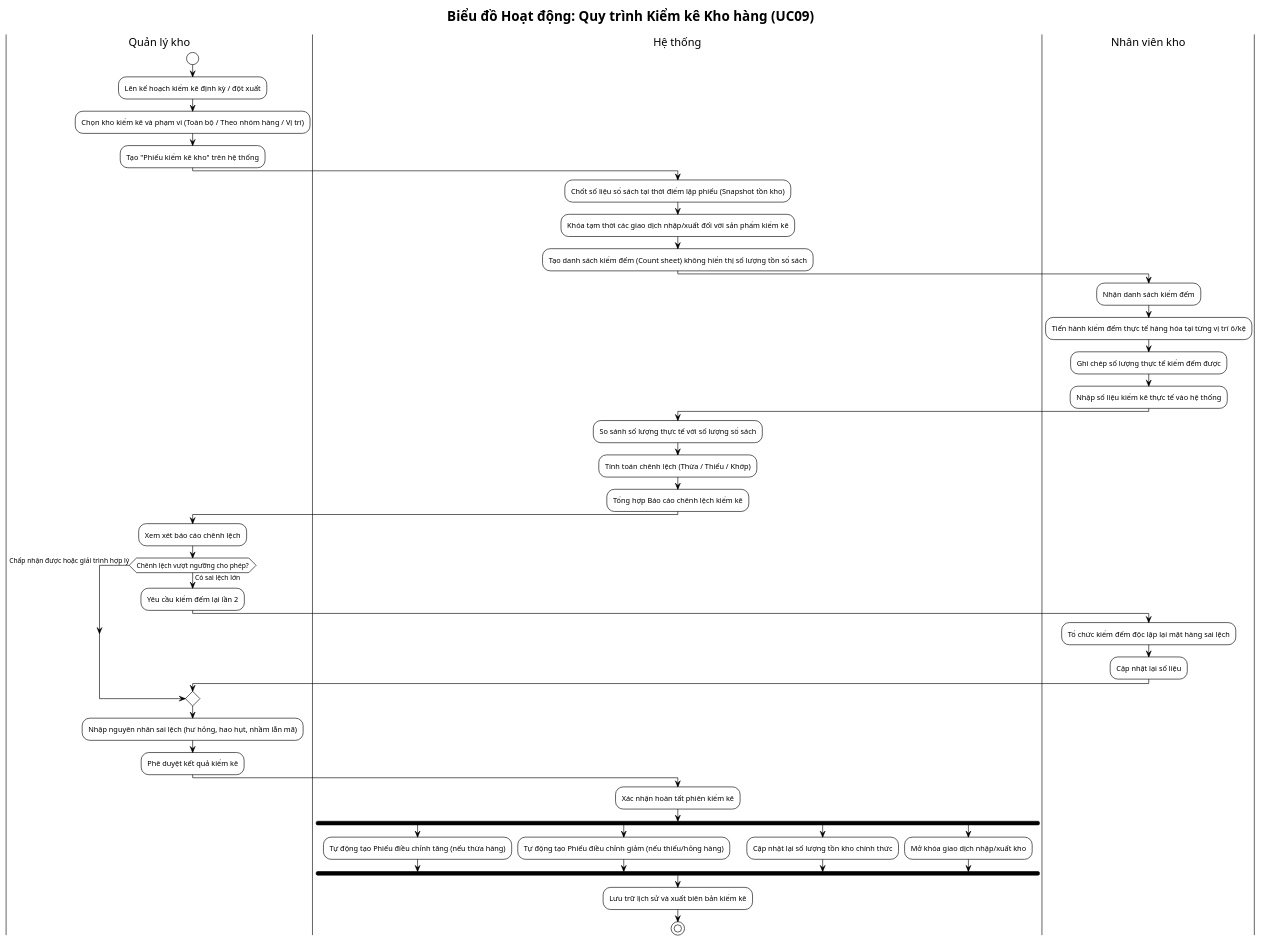
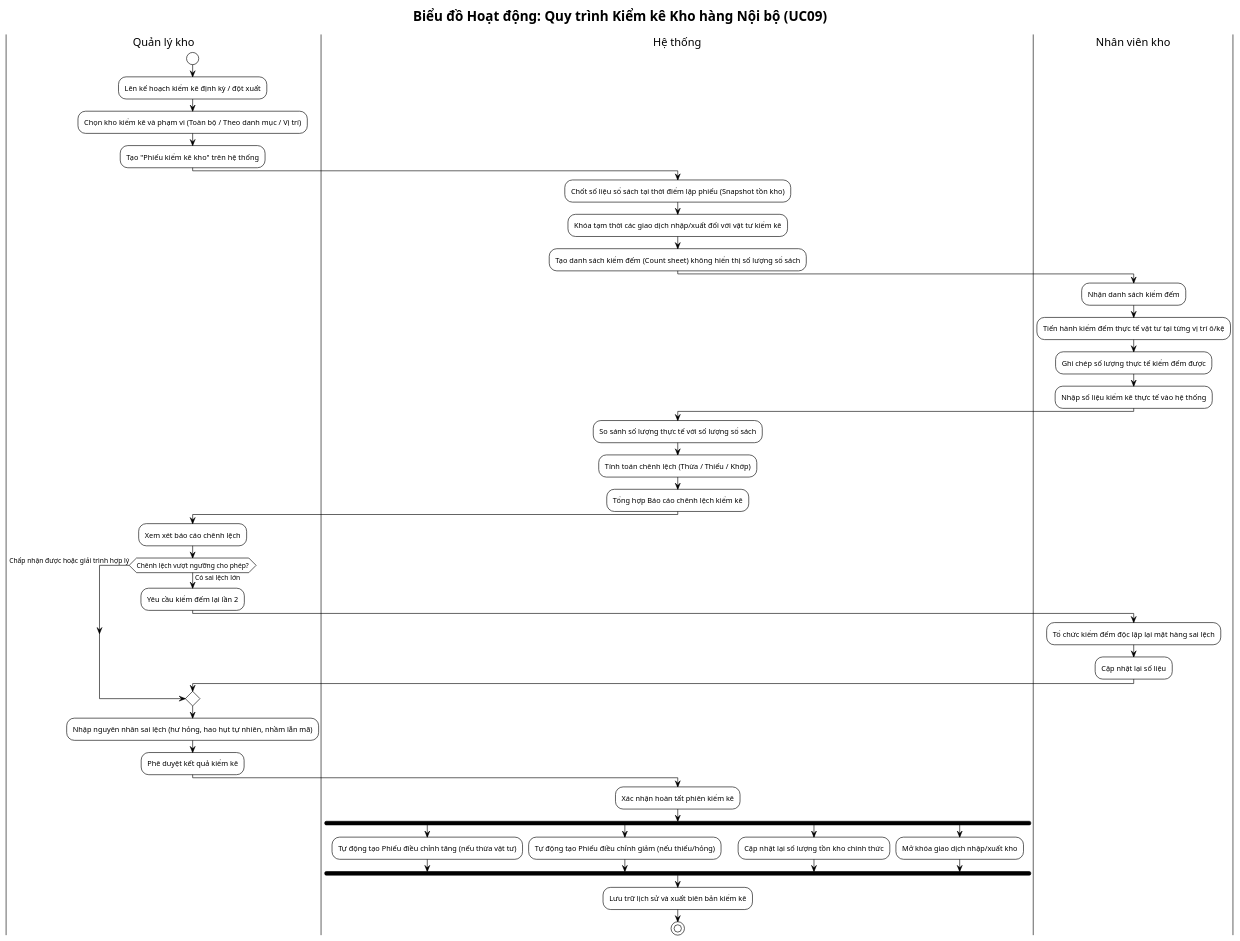
One commit to vuhoabinh2416137/G8_Quanlysanphamvakhohang changed the third of 4 diagrams in BTL-QuanLyKhoHang/plantuml/activity-diagrams.puml. Above: the diagram before and after it, drawn with PlantUML. The commit also changed other lines of this file and 73 other files, not shown here.

```diff
--- a/BTL-QuanLyKhoHang/plantuml/activity-diagrams.puml
+++ b/BTL-QuanLyKhoHang/plantuml/activity-diagrams.puml
@@ -116,56 +115,56 @@
 @startuml activity-kiem-ke-kho
 !theme plain
 skinparam defaultFontName "Arial"
-title Biểu đồ Hoạt động: Quy trình Kiểm kê Kho hàng (UC09)
+title Biểu đồ Hoạt động: Quy trình Kiểm kê Kho hàng Nội bộ (UC09)
 
 |Quản lý kho|
 start
 :Lên kế hoạch kiểm kê định kỳ / đột xuất;
-:Chọn kho kiểm kê và phạm vi (Toàn bộ / Theo nhóm hàng / Vị trí);
+:Chọn kho kiểm kê và phạm vi (Toàn bộ / Theo danh mục / Vị trí);
 :Tạo "Phiếu kiểm kê kho" trên hệ thống;
 
 |Hệ thống|
 :Chốt số liệu sổ sách tại thời điểm lập phiếu (Snapshot tồn kho);
-:Khóa tạm thời các giao dịch nhập/xuất đối với sản phẩm kiểm kê;
-:Tạo danh sách kiểm đếm (Count sheet) không hiển thị số lượng tồn sổ sách;
+:Khóa tạm thời các giao dịch nhập/xuất đối với vật tư kiểm kê;
+:Tạo danh sách kiểm đếm (Count sheet) không hiển thị số lượng sổ sách;
 
 |Nhân viên kho|
 :Nhận danh sách kiểm đếm;
-:Tiến hành kiểm đếm thực tế hàng hóa tại từng vị trí ô/kệ;
+:Tiến hành kiểm đếm thực tế vật tư tại từng vị trí ô/kệ;
 :Ghi chép số lượng thực tế kiểm đếm được;
 :Nhập số liệu kiểm kê thực tế vào hệ thống;
 
 |Hệ thống|
 :So sánh số lượng thực tế với số lượng sổ sách;
 :Tính toán chênh lệch (Thừa / Thiếu / Khớp);
 :Tổng hợp Báo cáo chênh lệch kiểm kê;
 
 |Quản lý kho|
 :Xem xét báo cáo chênh lệch;
 if (Chênh lệch vượt ngưỡng cho phép?) then (Có sai lệch lớn)
     :Yêu cầu kiểm đếm lại lần 2;
     |Nhân viên kho|
     :Tổ chức kiểm đếm độc lập lại mặt hàng sai lệch;
     :Cập nhật lại số liệu;
 else (Chấp nhận được hoặc giải trình hợp lý)
 endif
 
 |Quản lý kho|
-:Nhập nguyên nhân sai lệch (hư hỏng, hao hụt, nhầm lẫn mã);
+:Nhập nguyên nhân sai lệch (hư hỏng, hao hụt tự nhiên, nhầm lẫn mã);
 :Phê duyệt kết quả kiểm kê;
 
 |Hệ thống|
 :Xác nhận hoàn tất phiên kiểm kê;
 fork
-    :Tự động tạo Phiếu điều chỉnh tăng (nếu thừa hàng);
+    :Tự động tạo Phiếu điều chỉnh tăng (nếu thừa vật tư);
 fork again
-    :Tự động tạo Phiếu điều chỉnh giảm (nếu thiếu/hỏng hàng);
+    :Tự động tạo Phiếu điều chỉnh giảm (nếu thiếu/hỏng);
 fork again
     :Cập nhật lại số lượng tồn kho chính thức;
 fork again
     :Mở khóa giao dịch nhập/xuất kho;
 end fork
 
 :Lưu trữ lịch sử và xuất biên bản kiểm kê;
 stop
 @enduml
```
